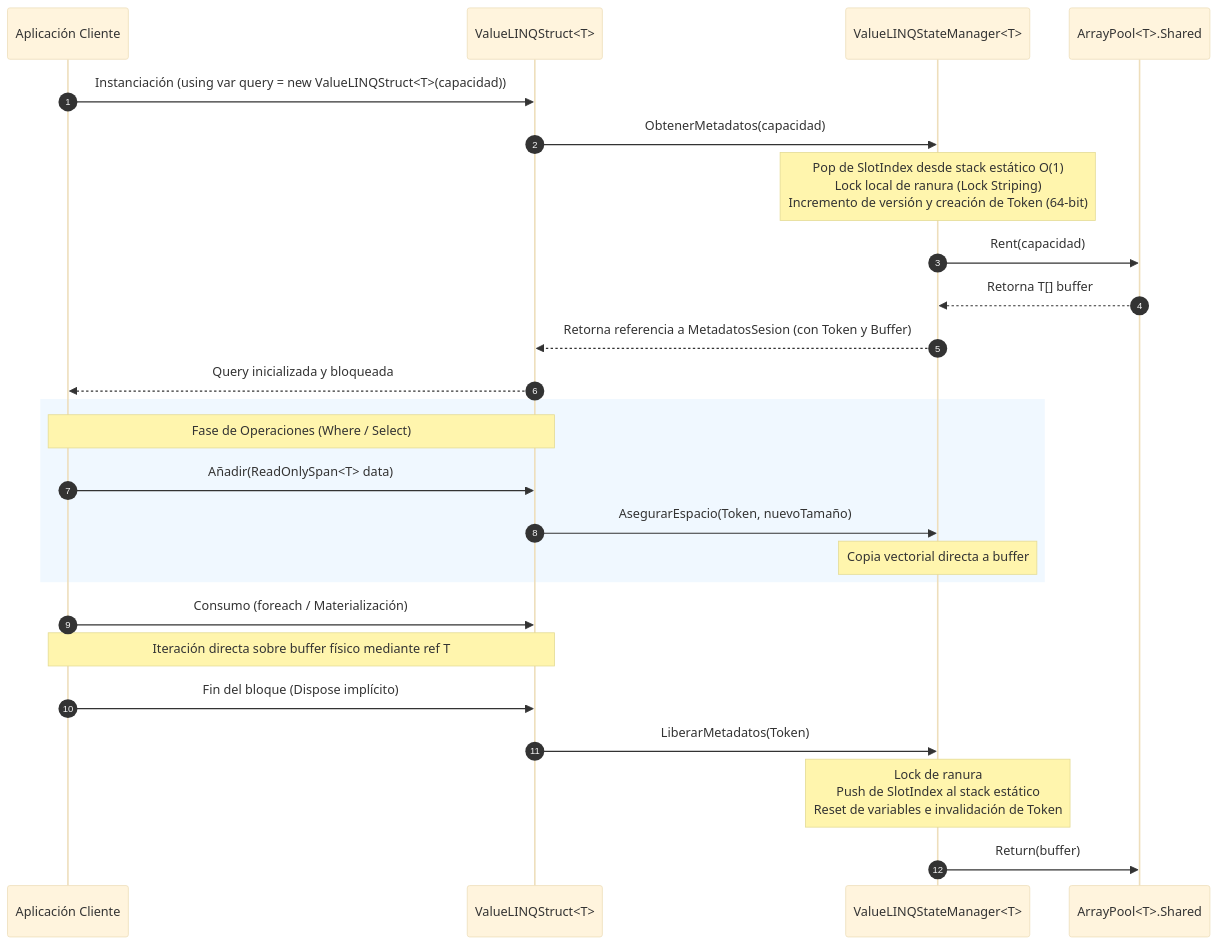
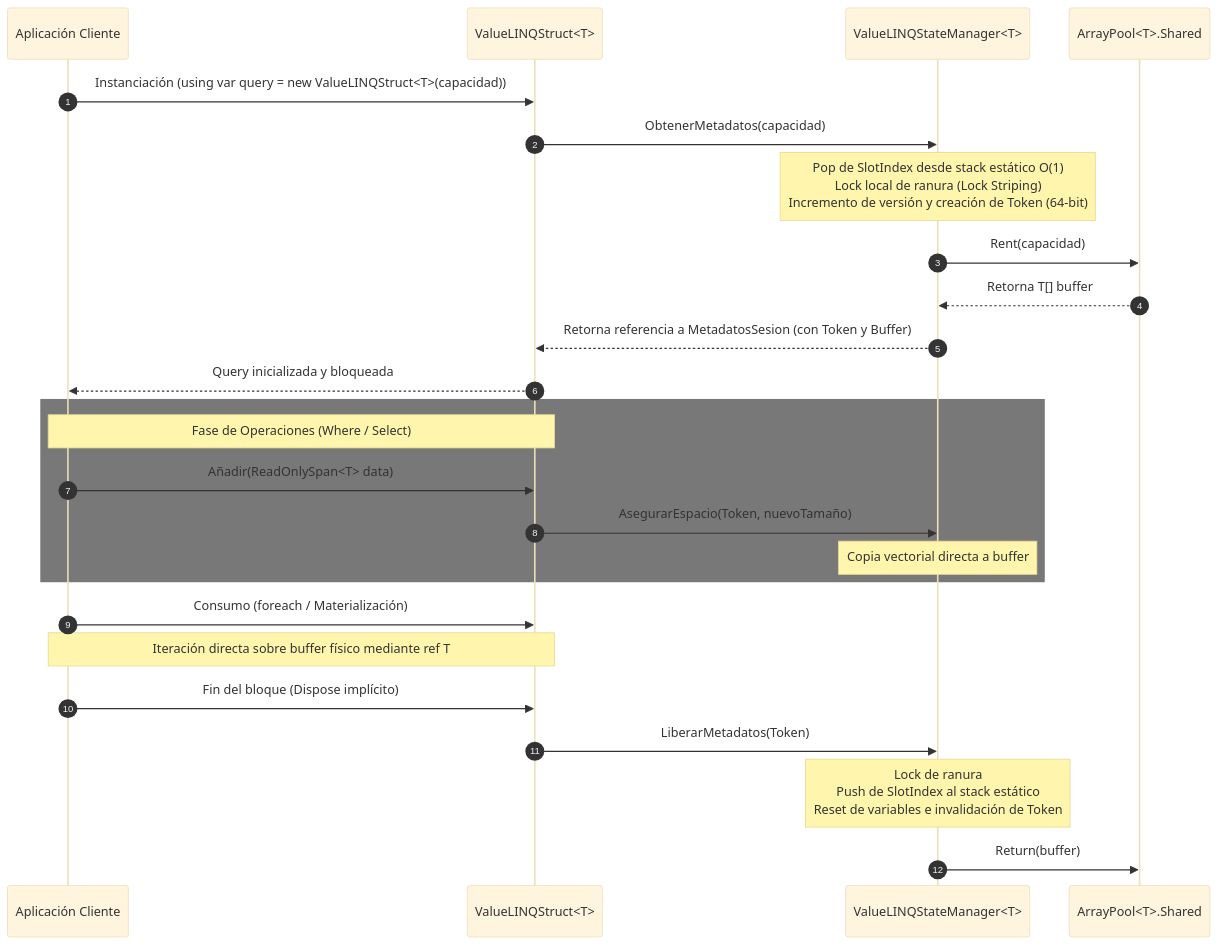
One commit to jcarrillo-dev/JCarrillo.AOT.Core changed the diagram in docs/ValueLINQ/README.md. Above: the diagram before and after it, drawn with Mermaid (base theme). The commit also changed other lines of this file and 16 other files, not shown here.

````diff
--- a/docs/ValueLINQ/README.md
+++ b/docs/ValueLINQ/README.md
@@ -47,31 +49,31 @@
 ```mermaid
 sequenceDiagram
     autonumber
     participant App as Aplicación Cliente
     participant VS as ValueLINQStruct<T>
     participant SM as ValueLINQStateManager<T>
     participant AP as ArrayPool<T>.Shared
 
     App->>VS: Instanciación (using var query = new ValueLINQStruct<T>(capacidad))
     VS->>SM: ObtenerMetadatos(capacidad)
     Note over SM: Pop de SlotIndex desde stack estático O(1)<br/>Lock local de ranura (Lock Striping)<br/>Incremento de versión y creación de Token (64-bit)
     SM->>AP: Rent(capacidad)
     AP-->>SM: Retorna T[] buffer
     SM-->>VS: Retorna referencia a MetadatosSesion (con Token y Buffer)
     VS-->>App: Query inicializada y bloqueada
 
-    rect rgb(240, 248, 255)
+    rect rgb(120, 120, 120)
         Note over App, VS: Fase de Operaciones (Where / Select)
         App->>VS: Añadir(ReadOnlySpan<T> data)
         VS->>SM: AsegurarEspacio(Token, nuevoTamaño)
         Note over SM: Copia vectorial directa a buffer
     end
 
     App->>VS: Consumo (foreach / Materialización)
     Note over App, VS: Iteración directa sobre buffer físico mediante ref T
 
     App->>VS: Fin del bloque (Dispose implícito)
     VS->>SM: LiberarMetadatos(Token)
     Note over SM: Lock de ranura<br/>Push de SlotIndex al stack estático<br/>Reset de variables e invalidación de Token
     SM->>AP: Return(buffer)
 ```
````
